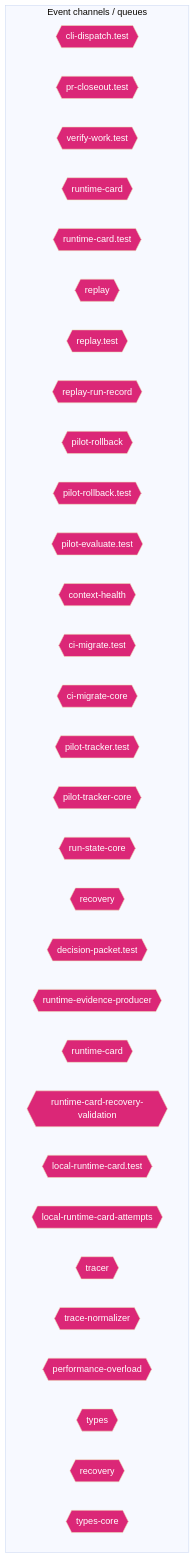
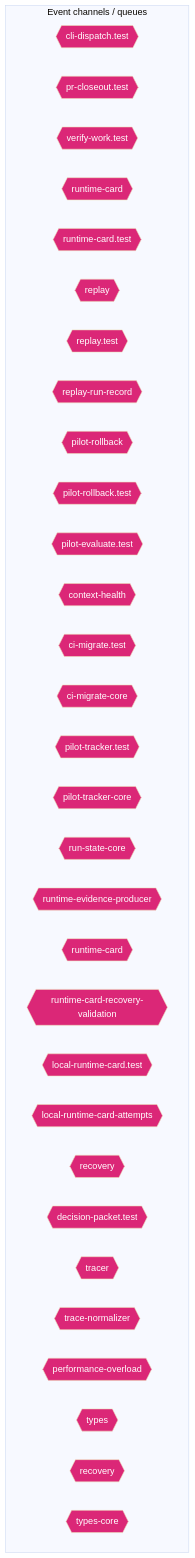
Before and after one commit to jscraik/coding-harness: the ninth of 14 diagrams in AI/context/diagram-context.md, drawn with Mermaid (base theme). The commit also changed other lines of this file, not shown here.

First line of the commit message:
docs(architecture): refresh diagram context

````diff
--- a/AI/context/diagram-context.md
+++ b/AI/context/diagram-context.md
@@ -1693,38 +1694,38 @@
 ```mermaid
 flowchart TD
   subgraph Channels["Event channels / queues"]
     cli_dispatch_test_54c9f17b{{"cli-dispatch.test"}}
     pr_closeout_test_12a1ffdd{{"pr-closeout.test"}}
     verify_work_test_0e12f6c5{{"verify-work.test"}}
     runtime_card_e06b53e1{{"runtime-card"}}
     runtime_card_test_af812837{{"runtime-card.test"}}
     replay_ac203c98{{"replay"}}
     replay_test_935f7436{{"replay.test"}}
     replay_run_record_9a08cce2{{"replay-run-record"}}
     pilot_rollback_00c1f82c{{"pilot-rollback"}}
     pilot_rollback_test_e61d5a2b{{"pilot-rollback.test"}}
     pilot_evaluate_test_a2ac06fc{{"pilot-evaluate.test"}}
     context_health_80bb7da9{{"context-health"}}
     ci_migrate_test_2a015bb9{{"ci-migrate.test"}}
     ci_migrate_core_7005b5af{{"ci-migrate-core"}}
     pilot_tracker_test_80398a66{{"pilot-tracker.test"}}
     pilot_tracker_core_80d8ac96{{"pilot-tracker-core"}}
     run_state_core_25a955bc{{"run-state-core"}}
-    recovery_8c585378{{"recovery"}}
-    decision_packet_test_9ea0e97b{{"decision-packet.test"}}
     runtime_evidence_producer_ea388cb5{{"runtime-evidence-producer"}}
     runtime_card_1_465a49d2{{"runtime-card"}}
     runtime_card_recovery_validation_e216d883{{"runtime-card-recovery-validation"}}
     local_runtime_card_test_b508222b{{"local-runtime-card.test"}}
     local_runtime_card_attempts_28aa46ea{{"local-runtime-card-attempts"}}
+    recovery_8c585378{{"recovery"}}
+    decision_packet_test_9ea0e97b{{"decision-packet.test"}}
     tracer_1e6243a2{{"tracer"}}
     trace_normalizer_cb1be1d2{{"trace-normalizer"}}
     performance_overload_c685bfcf{{"performance-overload"}}
     types_8_f6283648{{"types"}}
     recovery_1_4d1804ab{{"recovery"}}
     types_core_e405ddca{{"types-core"}}
   end
   classDef eventNode fill:#db2777,color:#fff
-  class cli_dispatch_test_54c9f17b,pr_closeout_test_12a1ffdd,verify_work_test_0e12f6c5,runtime_card_e06b53e1,runtime_card_test_af812837,replay_ac203c98,replay_test_935f7436,replay_run_record_9a08cce2,pilot_rollback_00c1f82c,pilot_rollback_test_e61d5a2b,pilot_evaluate_test_a2ac06fc,context_health_80bb7da9,ci_migrate_test_2a015bb9,ci_migrate_core_7005b5af,pilot_tracker_test_80398a66,pilot_tracker_core_80d8ac96,run_state_core_25a955bc,recovery_8c585378,decision_packet_test_9ea0e97b,runtime_evidence_producer_ea388cb5,runtime_card_1_465a49d2,runtime_card_recovery_validation_e216d883,local_runtime_card_test_b508222b,local_runtime_card_attempts_28aa46ea,tracer_1e6243a2,trace_normalizer_cb1be1d2,performance_overload_c685bfcf,types_8_f6283648,recovery_1_4d1804ab,types_core_e405ddca eventNode
+  class cli_dispatch_test_54c9f17b,pr_closeout_test_12a1ffdd,verify_work_test_0e12f6c5,runtime_card_e06b53e1,runtime_card_test_af812837,replay_ac203c98,replay_test_935f7436,replay_run_record_9a08cce2,pilot_rollback_00c1f82c,pilot_rollback_test_e61d5a2b,pilot_evaluate_test_a2ac06fc,context_health_80bb7da9,ci_migrate_test_2a015bb9,ci_migrate_core_7005b5af,pilot_tracker_test_80398a66,pilot_tracker_core_80d8ac96,run_state_core_25a955bc,runtime_evidence_producer_ea388cb5,runtime_card_1_465a49d2,runtime_card_recovery_validation_e216d883,local_runtime_card_test_b508222b,local_runtime_card_attempts_28aa46ea,recovery_8c585378,decision_packet_test_9ea0e97b,tracer_1e6243a2,trace_normalizer_cb1be1d2,performance_overload_c685bfcf,types_8_f6283648,recovery_1_4d1804ab,types_core_e405ddca eventNode
 
 ```
````
